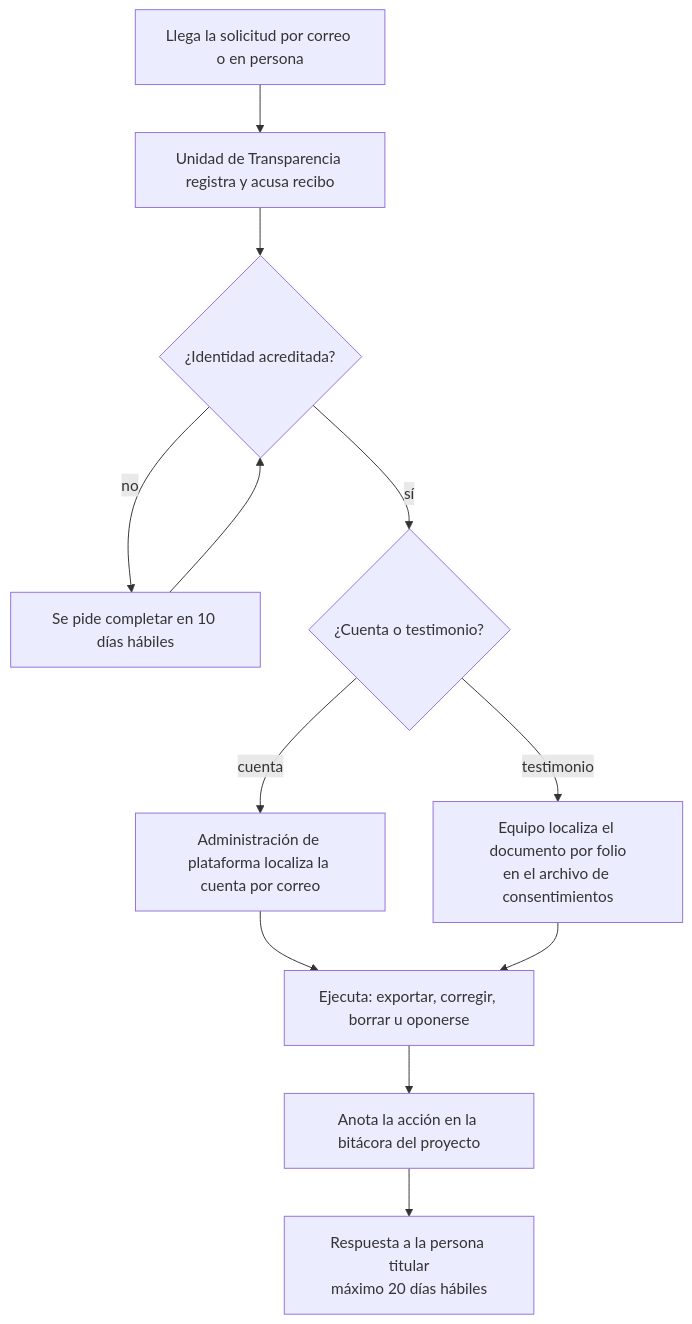
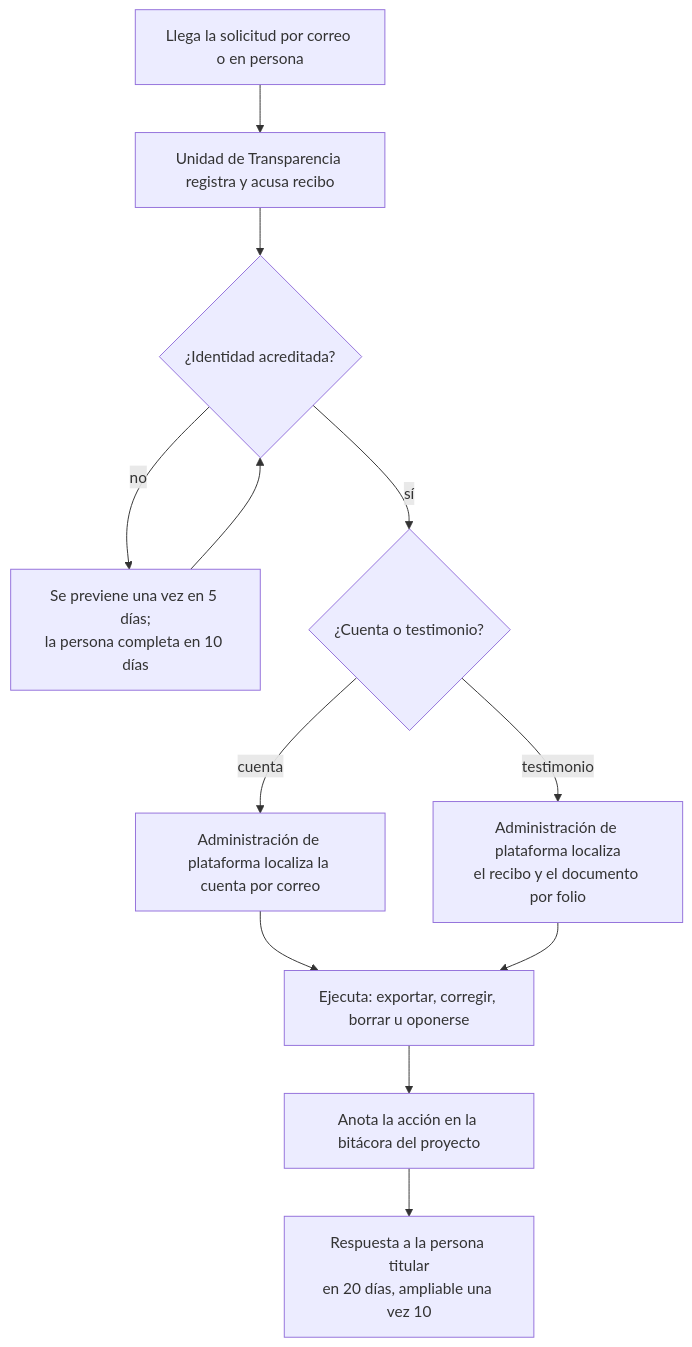
One commit to ecosistemas-de-conocimiento/ecosistemas-de-conocimiento changed the diagram in docs/06-privacidad-y-seguridad/aviso-de-privacidad-y-consentimiento.md. Above: the diagram before and after it, drawn with Mermaid. The commit also changed other lines of this file and 14 other files, not shown here.

````diff
--- a/docs/06-privacidad-y-seguridad/aviso-de-privacidad-y-consentimiento.md
+++ b/docs/06-privacidad-y-seguridad/aviso-de-privacidad-y-consentimiento.md
@@ -269,14 +277,14 @@
 ```mermaid
 flowchart TD
   A[Llega la solicitud por correo o en persona] --> B[Unidad de Transparencia registra y acusa recibo]
   B --> C{¿Identidad acreditada?}
-  C -->|no| D[Se pide completar en 10 días hábiles]
+  C -->|no| D[Se previene una vez en 5 días;<br/>la persona completa en 10 días]
   D --> C
   C -->|sí| E{¿Cuenta o testimonio?}
   E -->|cuenta| F[Administración de plataforma localiza la cuenta por correo]
-  E -->|testimonio| G[Equipo localiza el documento por folio<br/>en el archivo de consentimientos]
+  E -->|testimonio| G[Administración de plataforma localiza<br/>el recibo y el documento por folio]
   F --> H[Ejecuta: exportar, corregir, borrar u oponerse]
   G --> H
   H --> I[Anota la acción en la bitácora del proyecto]
-  I --> J[Respuesta a la persona titular<br/>máximo 20 días hábiles]
+  I --> J[Respuesta a la persona titular<br/>en 20 días, ampliable una vez 10]
 ```
````
